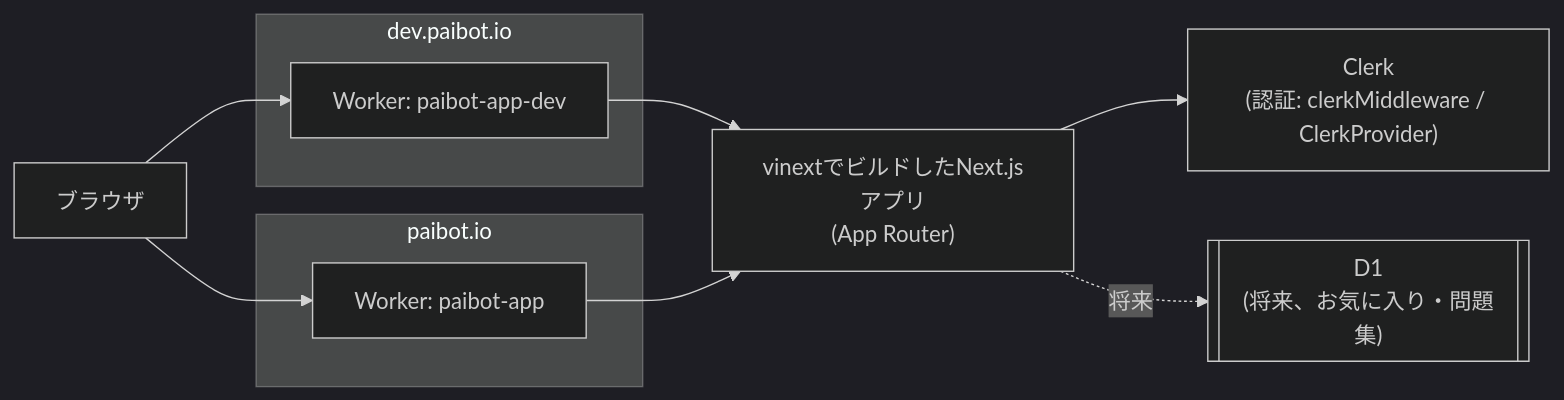
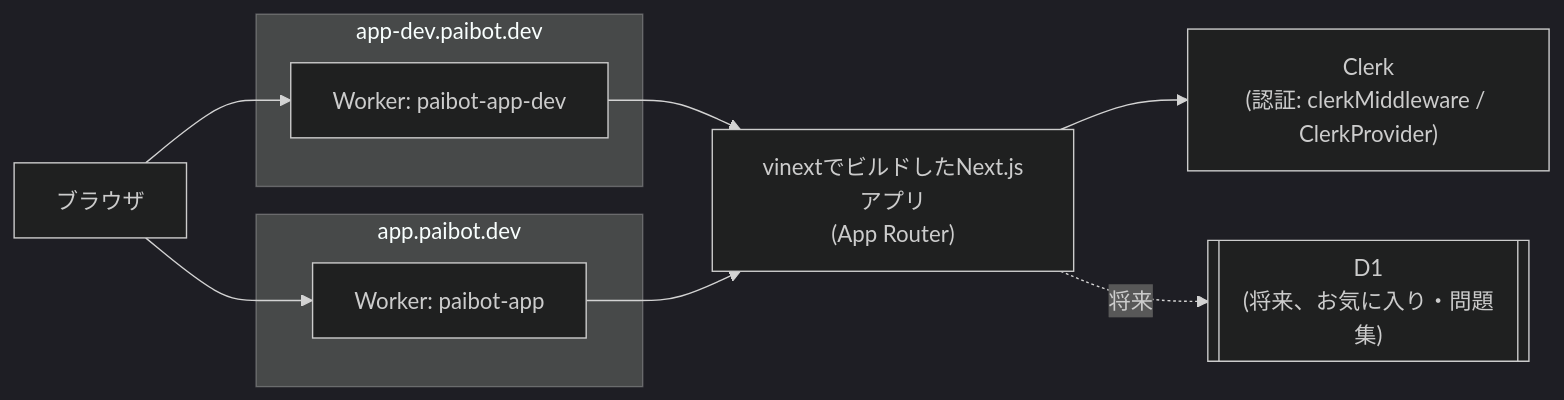
One commit to paibot-hq/paibot-app changed the first of 2 diagrams in docs/architecture.md. Above: the diagram before and after it, drawn with Mermaid (dark theme). The commit also changed other lines of this file and 25 other files, not shown here.

First line of the commit message:
Move to paibot.dev: app.paibot.dev (production), app-dev.paibot.dev (dev)

````diff
--- a/docs/architecture.md
+++ b/docs/architecture.md
@@ -26,22 +26,22 @@
 ```mermaid
 flowchart LR
     Browser["ブラウザ"]
 
-    subgraph Dev["dev.paibot.io"]
+    subgraph Dev["app-dev.paibot.dev"]
         WorkerDev["Worker: paibot-app-dev"]
     end
-    subgraph Prod["paibot.io"]
+    subgraph Prod["app.paibot.dev"]
         WorkerProd["Worker: paibot-app"]
     end
 
     Next["vinextでビルドしたNext.jsアプリ\n(App Router)"]
     Clerk["Clerk\n(認証: clerkMiddleware / ClerkProvider)"]
     D1[["D1\n(将来、お気に入り・問題集)"]]
 
     Browser --> WorkerDev
     Browser --> WorkerProd
     WorkerDev --> Next
     WorkerProd --> Next
     Next --> Clerk
     Next -.将来.-> D1
 ```
````
